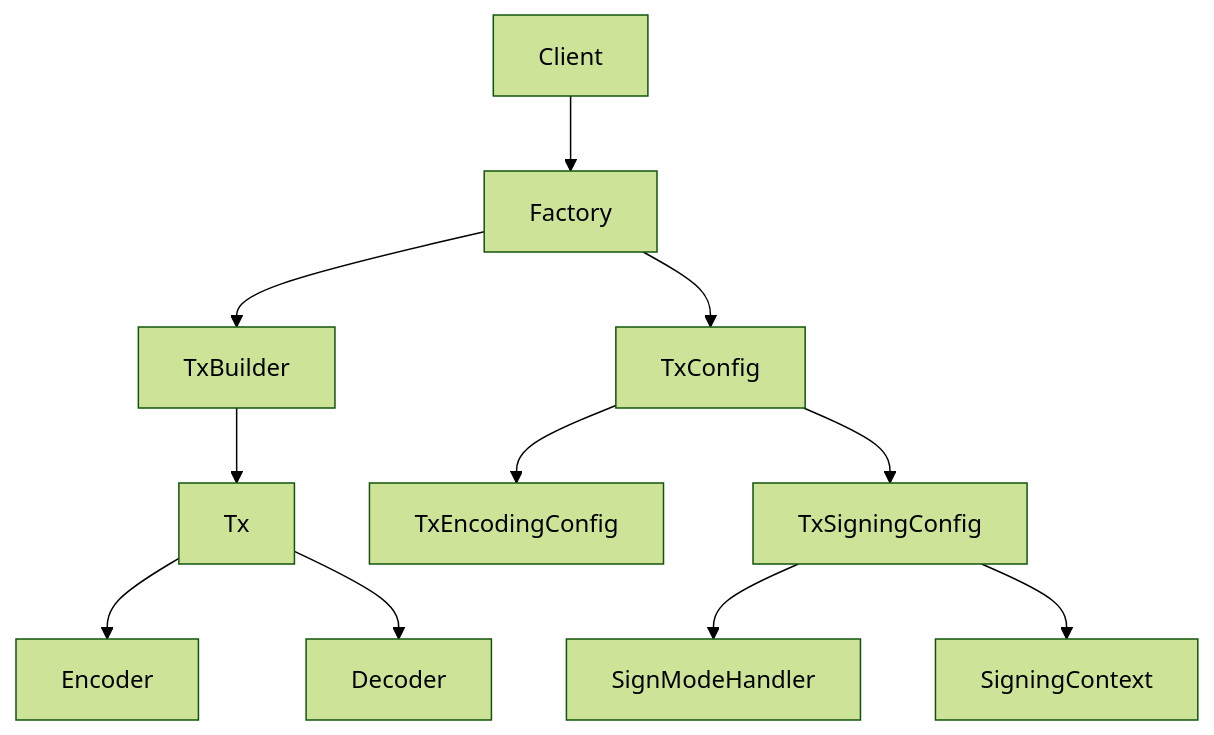
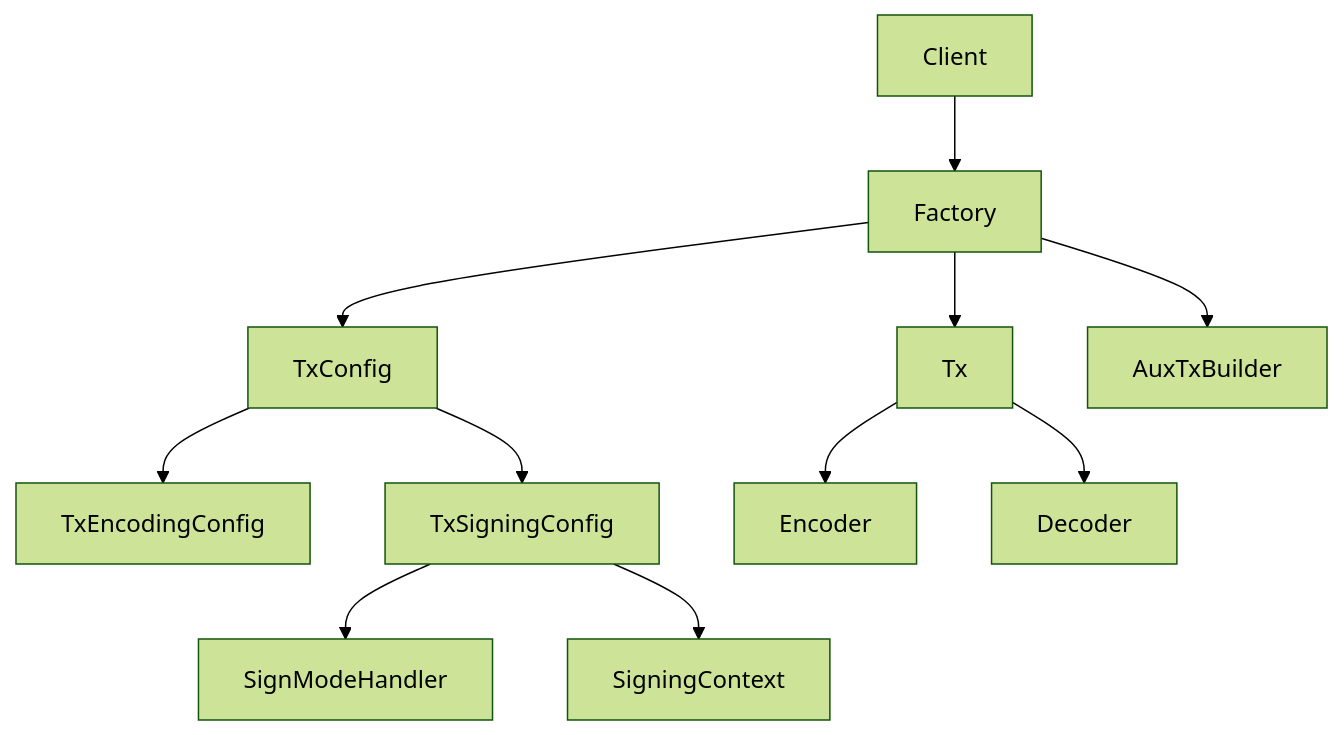
Before and after one commit to cosmos/cosmos-sdk: the first of 8 diagrams in client/v2/tx/README.md, drawn with Mermaid (forest theme). The commit also changed other lines of this file and 6 other files, not shown here.

````diff
--- a/client/v2/tx/README.md
+++ b/client/v2/tx/README.md
@@ -15,13 +14,13 @@
 ```mermaid
 graph TD
     A[Client] --> B[Factory]
-    B --> C[TxBuilder]
     B --> D[TxConfig]
     D --> E[TxEncodingConfig]
     D --> F[TxSigningConfig]
-    C --> G[Tx]
+    B --> G[Tx]
     G --> H[Encoder]
     G --> I[Decoder]
     F --> J[SignModeHandler]
     F --> K[SigningContext]
+    B --> L[AuxTxBuilder]
 ```
````
